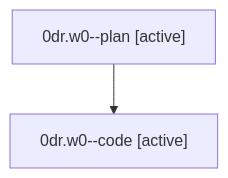
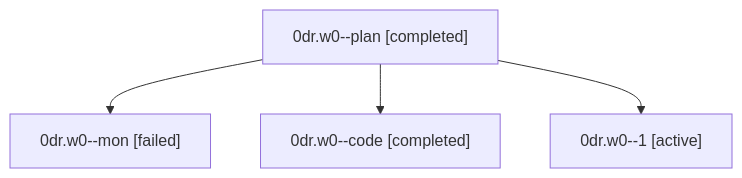
Before and after one commit to sase-org/sase--agents: the diagram in families/bbugyi200.athena.0dr.w0.md, drawn with Mermaid. The commit also changed other lines of this file and 46 other files, not shown here.

````diff
--- a/families/bbugyi200.athena.0dr.w0.md
+++ b/families/bbugyi200.athena.0dr.w0.md
@@ -9,6 +9,10 @@
 ```mermaid
 flowchart TD
-  n0["0dr.w0--plan [active]"]
-  n1["0dr.w0--code [active]"]
+  n0["0dr.w0--plan [completed]"]
+  n1["0dr.w0--mon [failed]"]
   n0 --> n1
+  n2["0dr.w0--code [completed]"]
+  n0 --> n2
+  n3["0dr.w0--1 [active]"]
+  n0 --> n3
 ```
````
